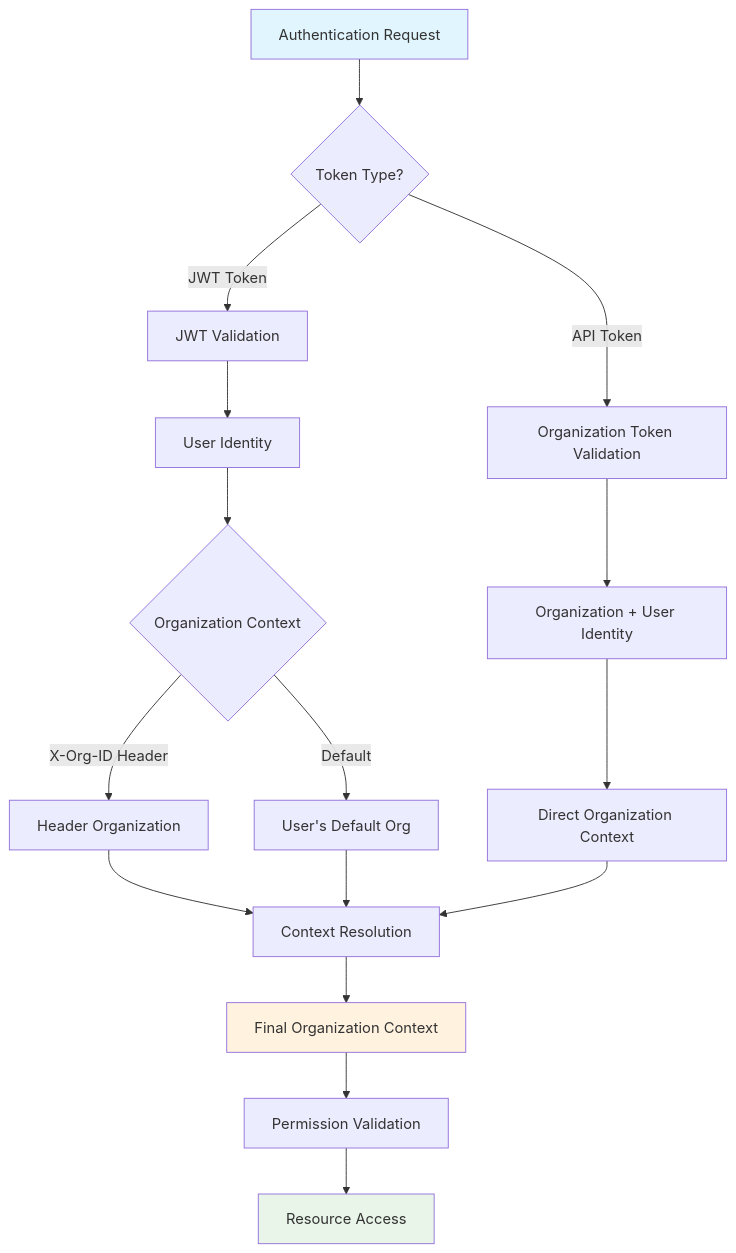
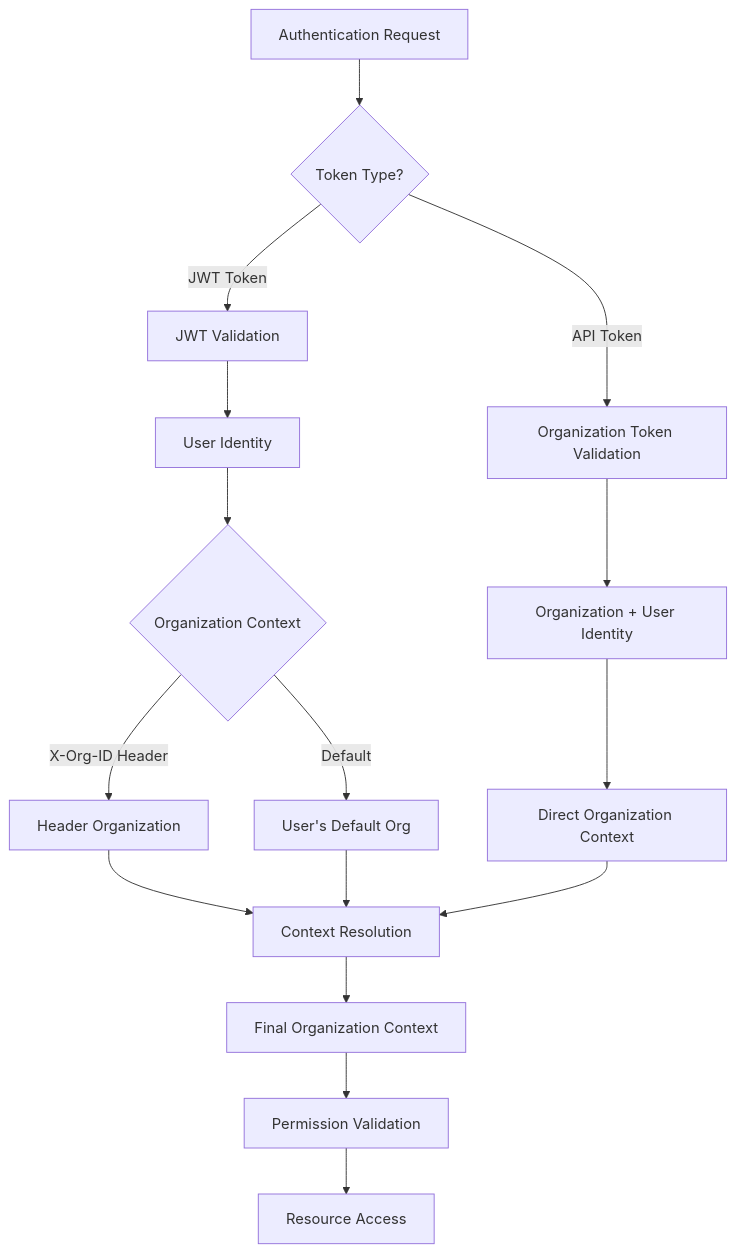
One commit to karrioapi/karrio changed the second of 2 diagrams in apps/web/src/app/docs/products/multi-orgs/page.mdx. Above: the diagram before and after it, drawn with Mermaid. The commit also changed other lines of this file and 34 other files, not shown here.

````diff
--- a/apps/web/src/app/docs/products/multi-orgs/page.mdx
+++ b/apps/web/src/app/docs/products/multi-orgs/page.mdx
@@ -90,28 +87,26 @@
 ```mermaid
 flowchart TD
     A[Authentication Request] --> B{Token Type?}
 
     B -->|JWT Token| C[JWT Validation]
     B -->|API Token| D[Organization Token Validation]
 
     C --> E[User Identity]
     D --> F[Organization + User Identity]
 
     E --> G{Organization Context}
     F --> H[Direct Organization Context]
 
     G -->|X-Org-ID Header| I[Header Organization]
     G -->|Default| J[User's Default Org]
 
     I --> K[Context Resolution]
     J --> K
     H --> K
 
     K --> L[Final Organization Context]
     L --> M[Permission Validation]
     M --> N[Resource Access]
 
-    style A fill:#e1f5fe
-    style L fill:#fff3e0
-    style N fill:#e8f5e8
+    
 ```
````
